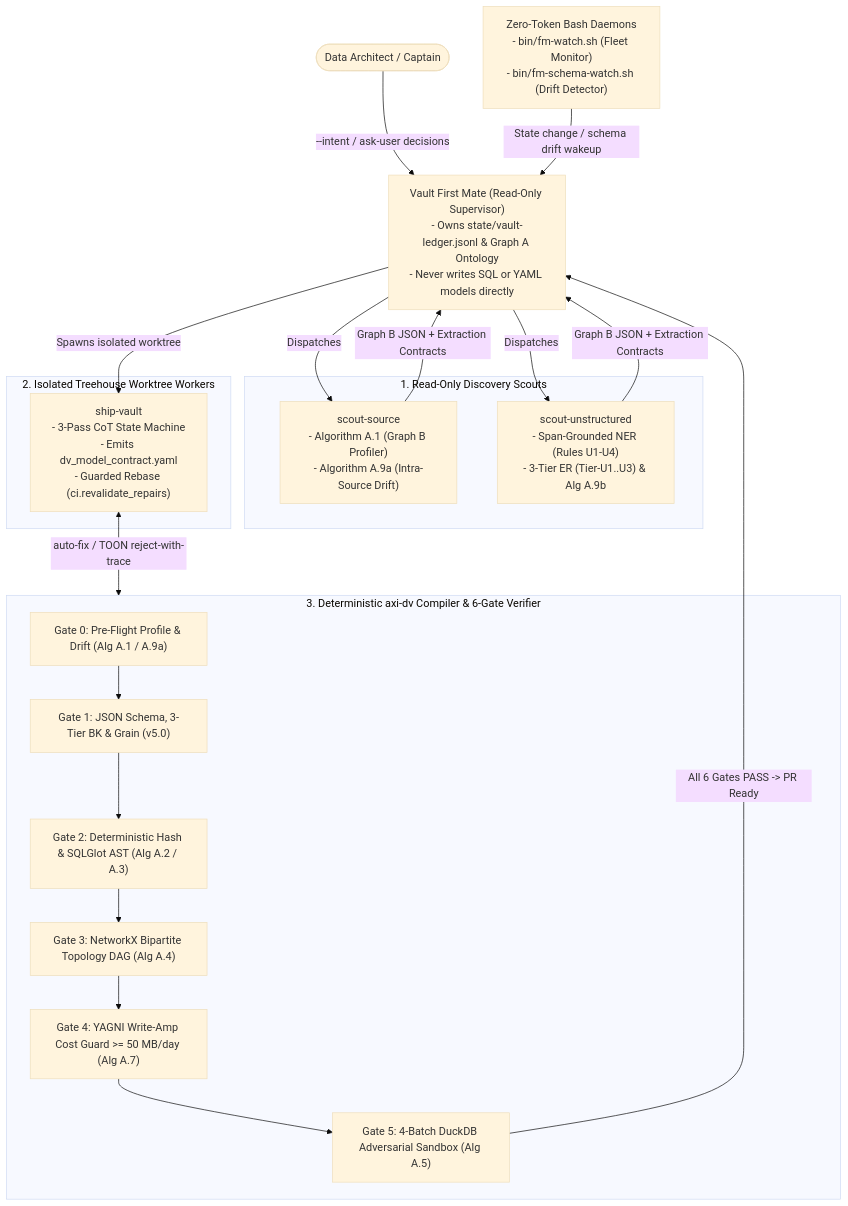
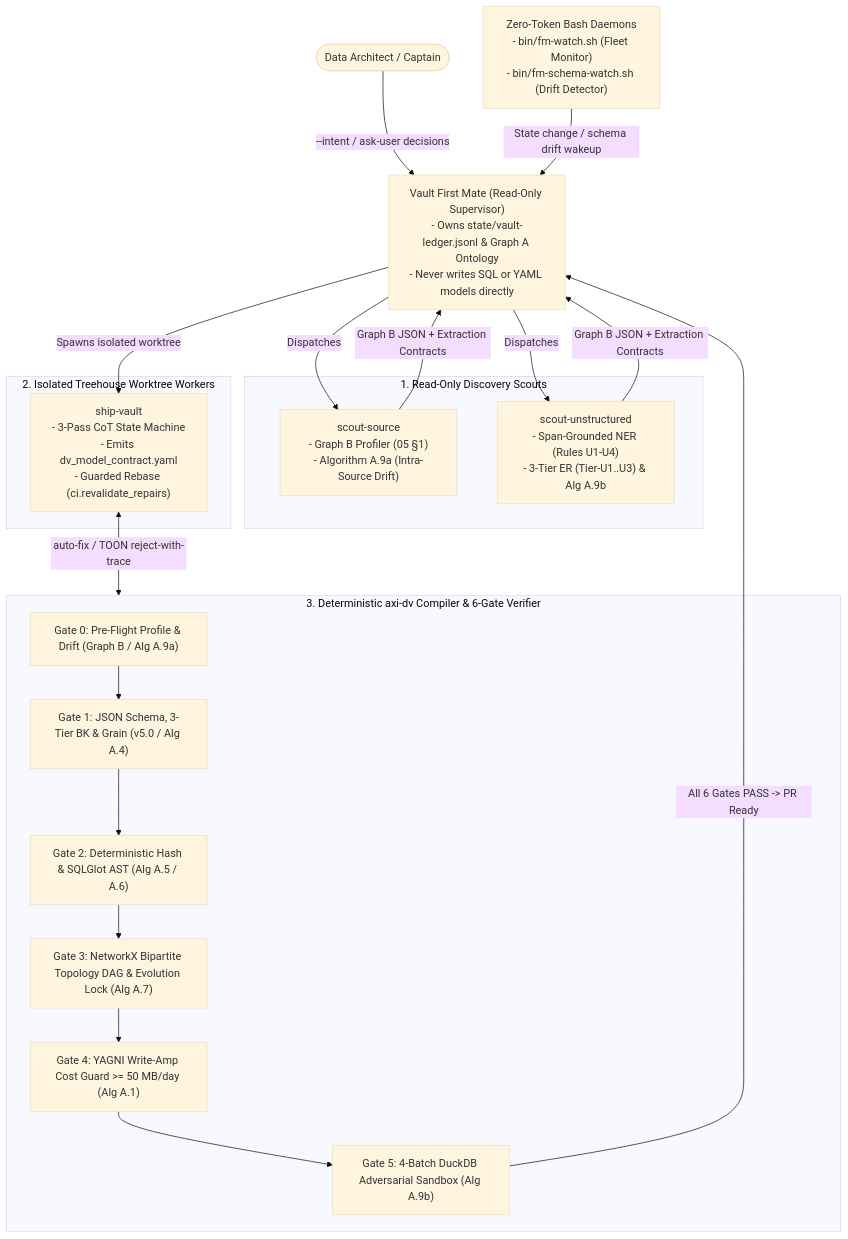
One commit to nogoo9/open-dv changed the diagram in README.md. Above: the diagram before and after it, drawn with Mermaid (base theme). The commit also changed other lines of this file and 8 other files, not shown here.

````diff
--- a/README.md
+++ b/README.md
@@ -34,33 +34,33 @@
 ```mermaid
 flowchart TB
     User(["Data Architect / Captain"])
     FM["Vault First Mate (Read-Only Supervisor)\n- Owns state/vault-ledger.jsonl & Graph A Ontology\n- Never writes SQL or YAML models directly"]
     Watch["Zero-Token Bash Daemons\n- bin/fm-watch.sh (Fleet Monitor)\n- bin/fm-schema-watch.sh (Drift Detector)"]
 
     subgraph Scouts ["1. Read-Only Discovery Scouts"]
-        SS["scout-source\n- Algorithm A.1 (Graph B Profiler)\n- Algorithm A.9a (Intra-Source Drift)"]
+        SS["scout-source\n- Graph B Profiler (05 §1)\n- Algorithm A.9a (Intra-Source Drift)"]
         SU["scout-unstructured\n- Span-Grounded NER (Rules U1-U4)\n- 3-Tier ER (Tier-U1..U3) & Alg A.9b"]
     end
 
     subgraph Worktrees ["2. Isolated Treehouse Worktree Workers"]
         SW["ship-vault\n- 3-Pass CoT State Machine\n- Emits dv_model_contract.yaml\n- Guarded Rebase (ci.revalidate_repairs)"]
     end
 
     subgraph AxiDV ["3. Deterministic axi-dv Compiler & 6-Gate Verifier"]
-        G0["Gate 0: Pre-Flight Profile & Drift (Alg A.1 / A.9a)"]
-        G1["Gate 1: JSON Schema, 3-Tier BK & Grain (v5.0)"]
-        G2["Gate 2: Deterministic Hash & SQLGlot AST (Alg A.2 / A.3)"]
-        G3["Gate 3: NetworkX Bipartite Topology DAG (Alg A.4)"]
-        G4["Gate 4: YAGNI Write-Amp Cost Guard >= 50 MB/day (Alg A.7)"]
-        G5["Gate 5: 4-Batch DuckDB Adversarial Sandbox (Alg A.5)"]
+        G0["Gate 0: Pre-Flight Profile & Drift (Graph B / Alg A.9a)"]
+        G1["Gate 1: JSON Schema, 3-Tier BK & Grain (v5.0 / Alg A.4)"]
+        G2["Gate 2: Deterministic Hash & SQLGlot AST (Alg A.5 / A.6)"]
+        G3["Gate 3: NetworkX Bipartite Topology DAG & Evolution Lock (Alg A.7)"]
+        G4["Gate 4: YAGNI Write-Amp Cost Guard >= 50 MB/day (Alg A.1)"]
+        G5["Gate 5: 4-Batch DuckDB Adversarial Sandbox (Alg A.9b)"]
         G0 --> G1 --> G2 --> G3 --> G4 --> G5
     end
 
     User -- "--intent / ask-user decisions" --> FM
     Watch -- "State change / schema drift wakeup" --> FM
     FM -- "Dispatches" --> SS & SU
     SS & SU -- "Graph B JSON + Extraction Contracts" --> FM
     FM -- "Spawns isolated worktree" --> SW
     SW <-->|"auto-fix / TOON reject-with-trace"| AxiDV
     G5 -- "All 6 Gates PASS -> PR Ready" --> FM
 ```
````
